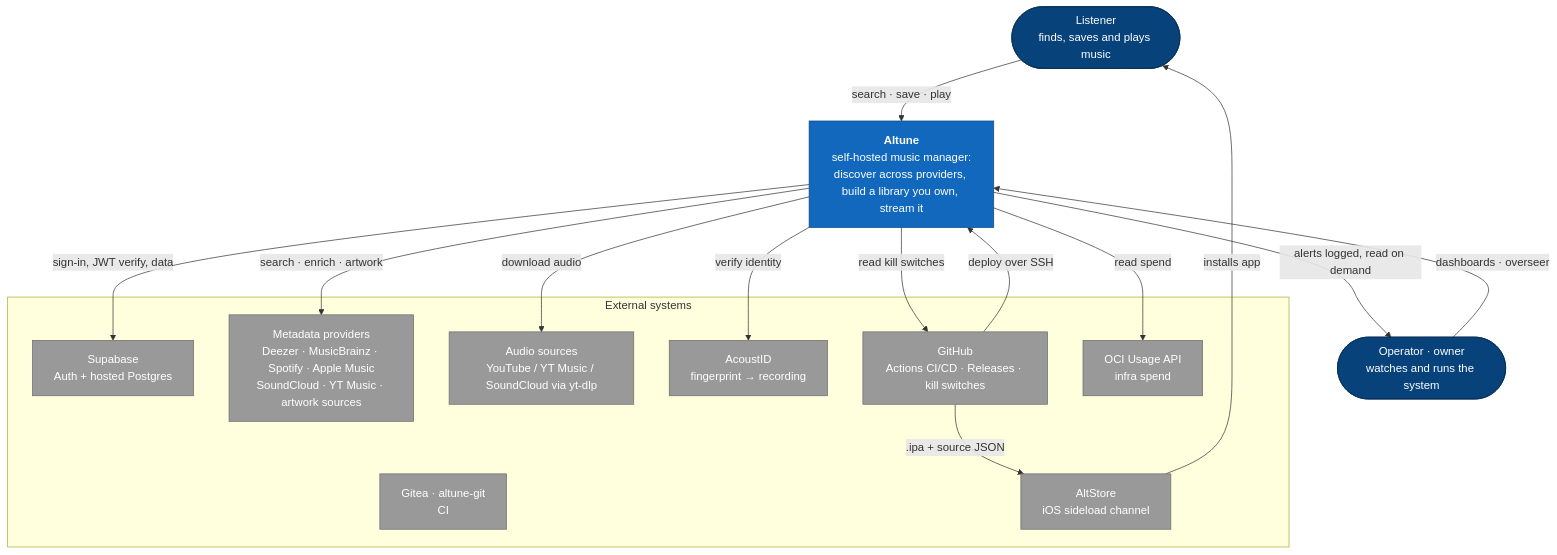
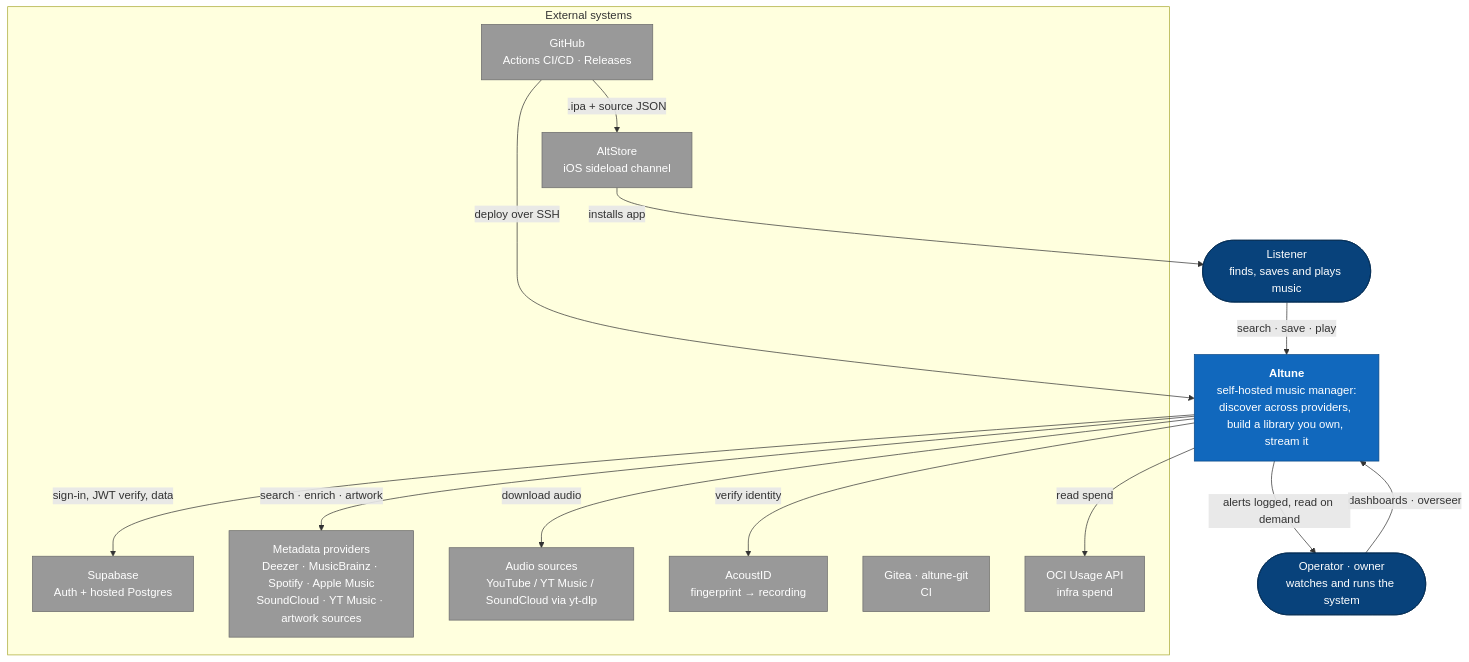
Before and after one commit to aleburrascano/altune: the first of 3 diagrams in docs/diagrams/system.md, drawn with Mermaid. The commit also changed other lines of this file and 104 other files, not shown here.

````diff
--- a/docs/diagrams/system.md
+++ b/docs/diagrams/system.md
@@ -7,38 +7,37 @@
 ```mermaid
 flowchart TD
     listener(["Listener<br/>finds, saves and plays music"])
     operator(["Operator · owner<br/>watches and runs the system"])
 
     altune["<b>Altune</b><br/>self-hosted music manager:<br/>discover across providers, build a library you own, stream it"]
 
     subgraph ext [External systems]
         supa["Supabase<br/>Auth + hosted Postgres"]
         meta["Metadata providers<br/>Deezer · MusicBrainz · Spotify · Apple Music<br/>SoundCloud · YT Music · artwork sources"]
         sources["Audio sources<br/>YouTube / YT Music / SoundCloud via yt-dlp"]
         acoustid["AcoustID<br/>fingerprint → recording"]
-        github["GitHub<br/>Actions CI/CD · Releases · kill switches"]
+        github["GitHub<br/>Actions CI/CD · Releases"]
         gitea["Gitea · altune-git<br/>CI"]
         altstore["AltStore<br/>iOS sideload channel"]
         ociusage["OCI Usage API<br/>infra spend"]
     end
 
     listener -->|search · save · play| altune
     operator -->|dashboards · overseer| altune
     altune -->|sign-in, JWT verify, data| supa
     altune -->|search · enrich · artwork| meta
     altune -->|download audio| sources
     altune -->|verify identity| acoustid
-    altune -->|read kill switches| github
     github -->|deploy over SSH| altune
     altune -->|alerts logged, read on demand| operator
     altstore -->|installs app| listener
     github -->|.ipa + source JSON| altstore
     altune -->|read spend| ociusage
 
     classDef sys fill:#1168bd,color:#fff,stroke:#0b4884
     classDef person fill:#08427b,color:#fff,stroke:#052e56
     classDef external fill:#999,color:#fff,stroke:#6b6b6b
     class altune sys
     class listener,operator person
     class supa,meta,sources,acoustid,github,gitea,altstore,ociusage external
 ```
````
